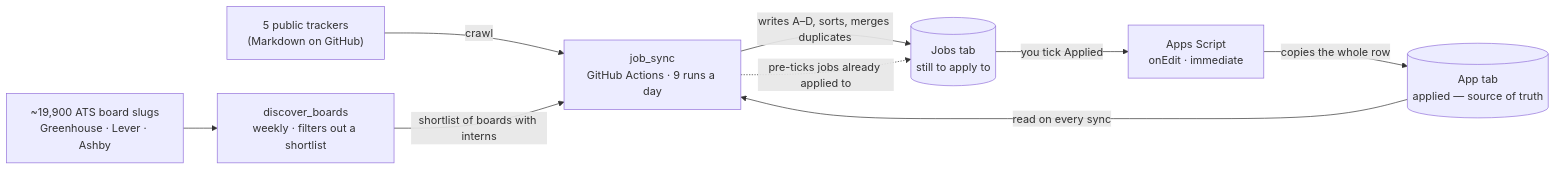
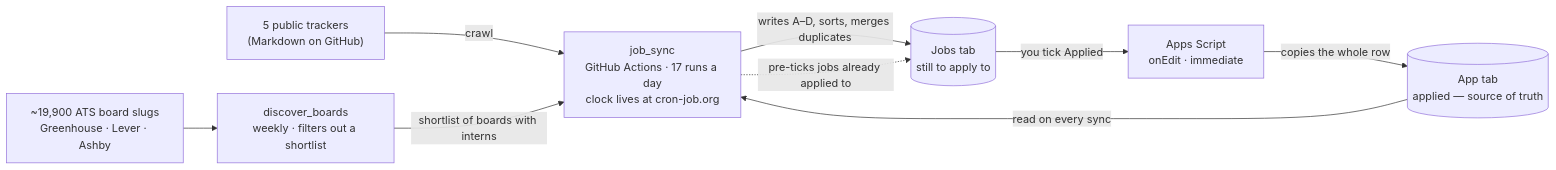
The diagram in README.md (henryng15/CrawlJob), drawn with Mermaid before and after one commit. The commit also changed other lines of this file and 4 other files, not shown here.

````diff
--- a/README.md
+++ b/README.md
@@ -20,19 +20,19 @@
 ```mermaid
 flowchart LR
     T["5 public trackers<br/>(Markdown on GitHub)"]
     B["~19,900 ATS board slugs<br/>Greenhouse · Lever · Ashby"]
     D["discover_boards<br/>weekly · filters out a shortlist"]
-    P["job_sync<br/>GitHub Actions · 9 runs a day"]
+    P["job_sync<br/>GitHub Actions · 17 runs a day<br/>clock lives at cron-job.org"]
     J[("Jobs tab<br/>still to apply to")]
     S["Apps Script<br/>onEdit · immediate"]
     A[("App tab<br/>applied — source of truth")]
 
     T -->|crawl| P
     B --> D
     D -->|"shortlist of boards with interns"| P
     P -->|"writes A–D, sorts, merges duplicates"| J
     J -->|"you tick Applied"| S
     S -->|"copies the whole row"| A
     A -->|"read on every sync"| P
     P -.->|"pre-ticks jobs already applied to"| J
 ```
````
